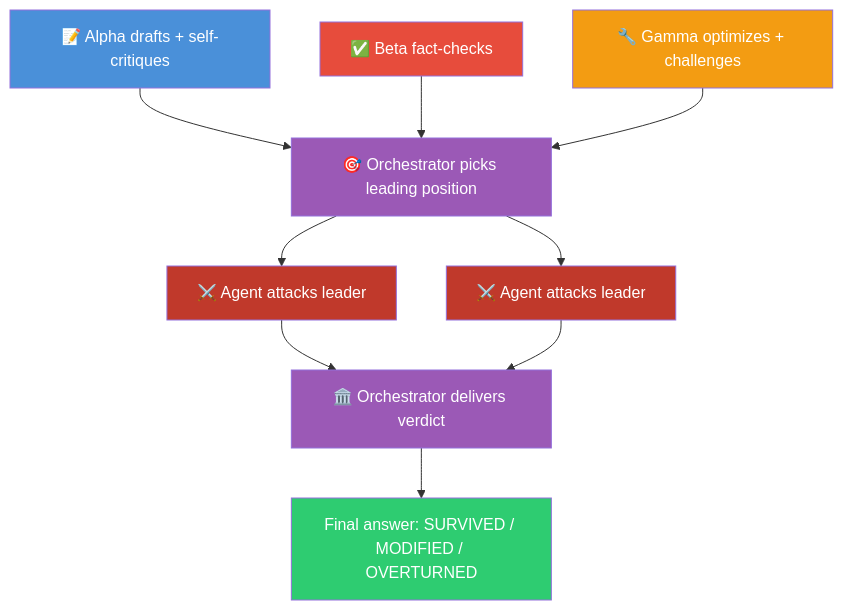
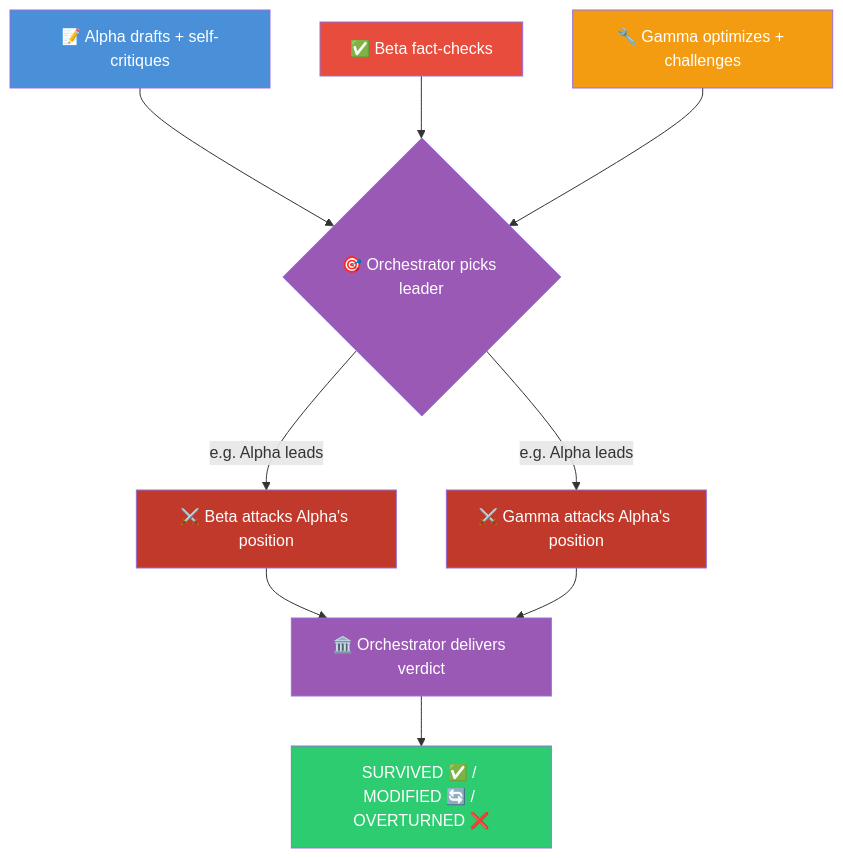
Before and after one commit to Sentry01/LLMCouncil: the second of 2 diagrams in README.md, drawn with Mermaid.

Commit message:
fix: clarify adversarial mermaid diagram with specific attacker roles

````diff
--- a/README.md
+++ b/README.md
@@ -68,17 +68,18 @@
 ```mermaid
 flowchart TD
     A1["📝 Alpha drafts + self-critiques"] & B1["✅ Beta fact-checks"] & C1["🔧 Gamma optimizes + challenges"]
-    A1 & B1 & C1 --> T["🎯 Orchestrator picks leading position"]
-    T --> ATK1["⚔️ Agent attacks leader"] & ATK2["⚔️ Agent attacks leader"]
-    ATK1 & ATK2 --> V["🏛️ Orchestrator delivers verdict"]
-    V --> E["Final answer: SURVIVED / MODIFIED / OVERTURNED"]
+    A1 & B1 & C1 --> T{"🎯 Orchestrator picks leader"}
+    T -- "e.g. Alpha leads" --> ATK_B["⚔️ Beta attacks Alpha's position"]
+    T -- "e.g. Alpha leads" --> ATK_C["⚔️ Gamma attacks Alpha's position"]
+    ATK_B & ATK_C --> V["🏛️ Orchestrator delivers verdict"]
+    V --> E["SURVIVED ✅ / MODIFIED 🔄 / OVERTURNED ❌"]
 
     style A1 fill:#4a90d9,color:#fff
     style B1 fill:#e74c3c,color:#fff
     style C1 fill:#f39c12,color:#fff
     style T fill:#9b59b6,color:#fff
-    style ATK1 fill:#c0392b,color:#fff
-    style ATK2 fill:#c0392b,color:#fff
+    style ATK_B fill:#c0392b,color:#fff
+    style ATK_C fill:#c0392b,color:#fff
     style V fill:#9b59b6,color:#fff
     style E fill:#2ecc71,color:#fff
 ```
````
